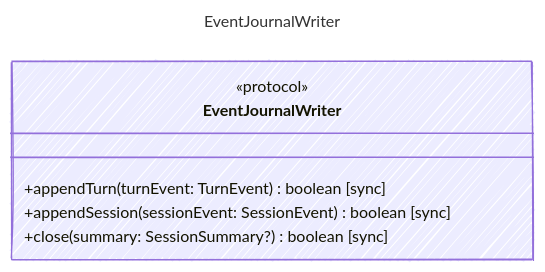
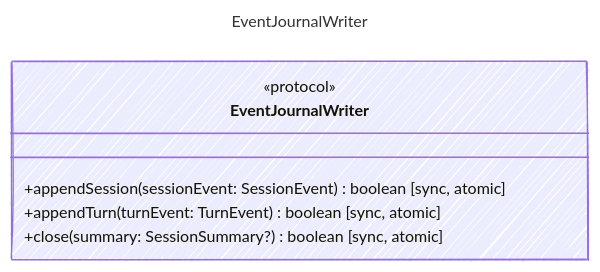
Before and after one commit to microsoft/prompty: the diagram in web/src/content/docs/reference/EventJournalWriter.md, drawn with Mermaid. The commit also changed other lines of this file and 1472 other files, not shown here.

````diff
--- a/web/src/content/docs/reference/EventJournalWriter.md
+++ b/web/src/content/docs/reference/EventJournalWriter.md
@@ -12,17 +12,17 @@
 ```mermaid
 ---
 title: EventJournalWriter
 config:
   look: handDrawn
   theme: colorful
   class:
     hideEmptyMembersBox: true
 ---
 classDiagram
     class EventJournalWriter {
       <<protocol>>
-        +appendTurn(turnEvent: TurnEvent) boolean [sync]
-        +appendSession(sessionEvent: SessionEvent) boolean [sync]
-        +close(summary: SessionSummary?) boolean [sync]
+        +appendSession(sessionEvent: SessionEvent) boolean [sync, atomic]
+        +appendTurn(turnEvent: TurnEvent) boolean [sync, atomic]
+        +close(summary: SessionSummary?) boolean [sync, atomic]
     }
 ```
````
